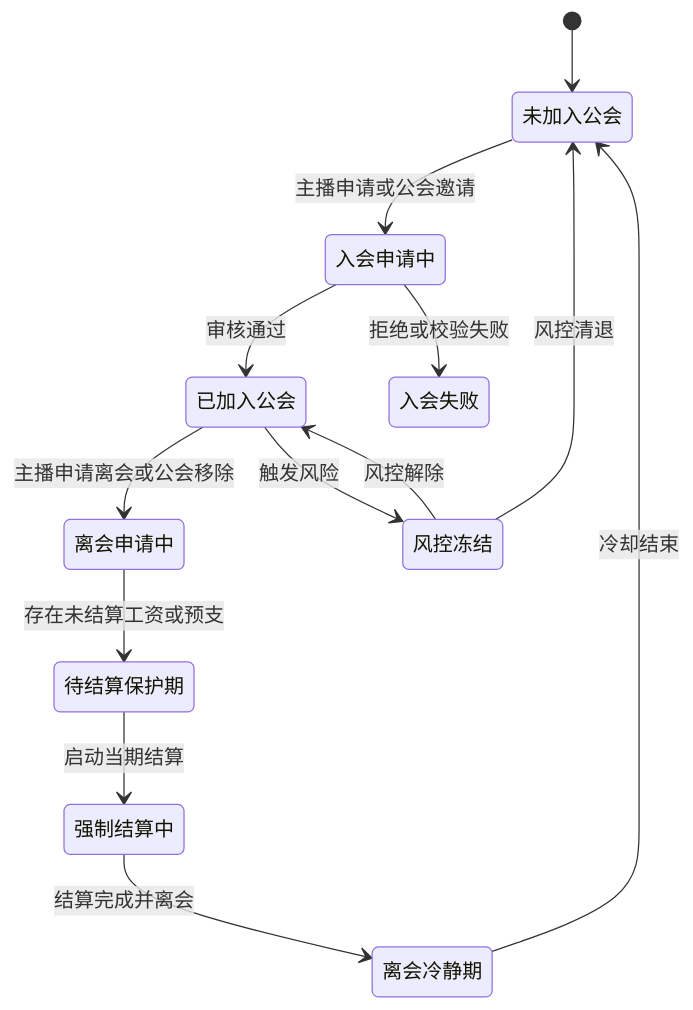
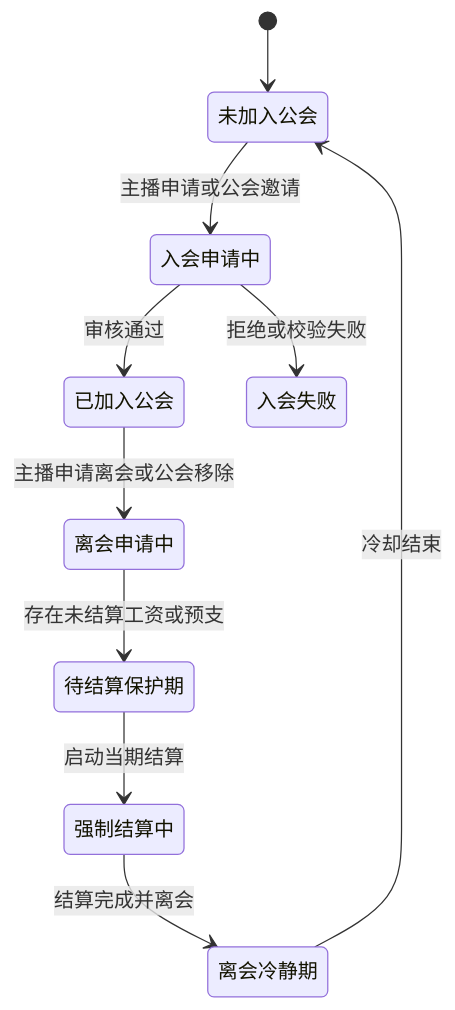
Before and after one commit to kocekid/TALO-Guild-Policy-Requirements: diagram 13 of 13 in TALO公会政策_客户端后台需求文档PRD.md, drawn with Mermaid. The commit also changed other lines of this file and 18 other files, not shown here.

Commit message:
更新TALO公会政策PRD与原型图

````diff
--- a/TALO公会政策_客户端后台需求文档PRD.md
+++ b/TALO公会政策_客户端后台需求文档PRD.md
@@ -3158,15 +3119,12 @@
 ```mermaid
 stateDiagram-v2
     [*] --> 未加入公会
     未加入公会 --> 入会申请中: 主播申请或公会邀请
     入会申请中 --> 已加入公会: 审核通过
     入会申请中 --> 入会失败: 拒绝或校验失败
     已加入公会 --> 离会申请中: 主播申请离会或公会移除
     离会申请中 --> 待结算保护期: 存在未结算工资或预支
     待结算保护期 --> 强制结算中: 启动当期结算
     强制结算中 --> 离会冷静期: 结算完成并离会
     离会冷静期 --> 未加入公会: 冷却结束
-    已加入公会 --> 风控冻结: 触发风险
-    风控冻结 --> 已加入公会: 风控解除
-    风控冻结 --> 未加入公会: 风控清退
 ```
````
